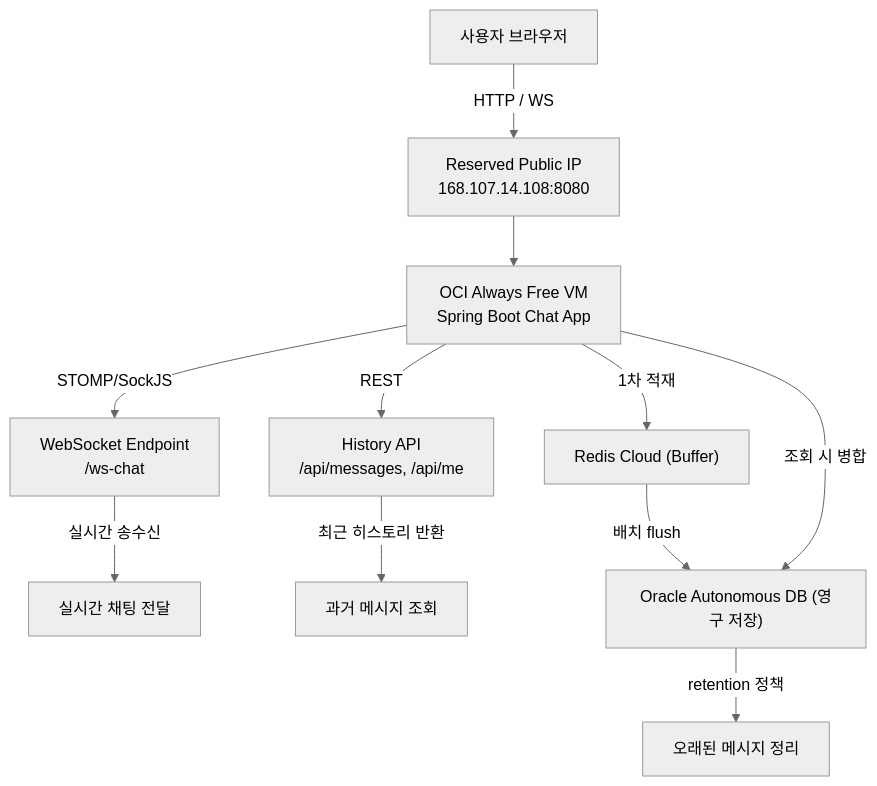
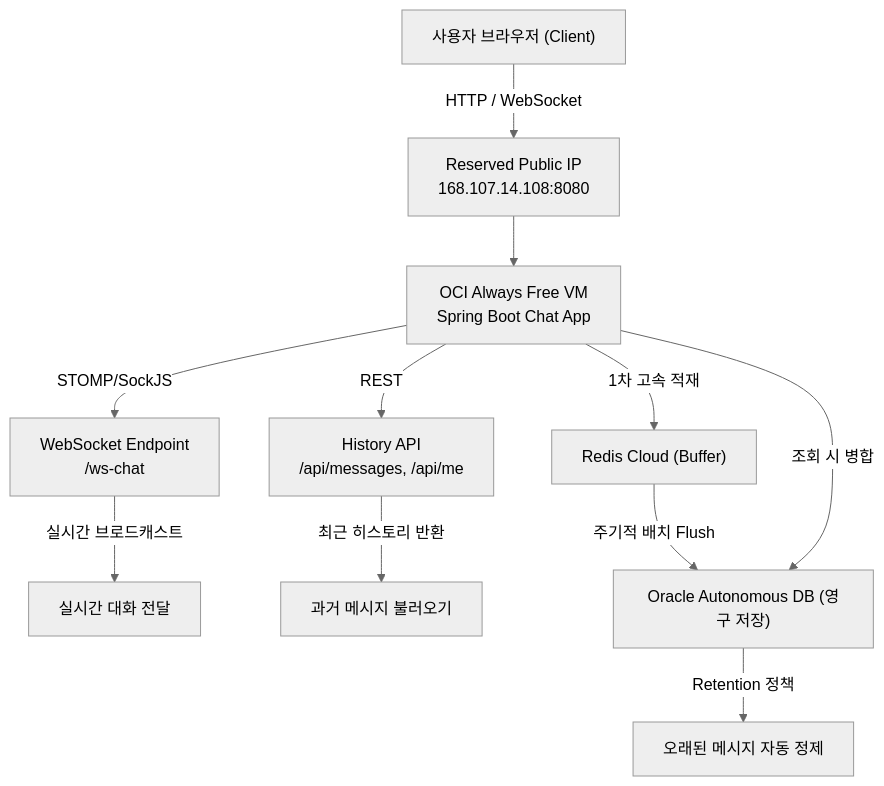
Before and after one commit to minwoo19930301/spring-ip-chat: the first of 2 diagrams in README.md, drawn with Mermaid (neutral theme). The commit also changed other lines of this file and 1 other file, not shown here.

Commit message:
Decorate README.md with badges & architecture diagrams, and add MIT License

````diff
--- a/README.md
+++ b/README.md
@@ -10,17 +24,17 @@
 ```mermaid
 flowchart TB
-    User["사용자 브라우저"] -->|"HTTP / WS"| Public["Reserved Public IP<br/>168.107.14.108:8080"]
+    User["사용자 브라우저 (Client)"] -->|"HTTP / WebSocket"| Public["Reserved Public IP<br/>168.107.14.108:8080"]
     Public --> VM["OCI Always Free VM<br/>Spring Boot Chat App"]
 
     VM -->|"STOMP/SockJS"| WS["WebSocket Endpoint<br/>/ws-chat"]
     VM -->|"REST"| API["History API<br/>/api/messages, /api/me"]
 
-    WS -->|"실시간 송수신"| Live["실시간 채팅 전달"]
-    API -->|"최근 히스토리 반환"| History["과거 메시지 조회"]
+    WS -->|"실시간 브로드캐스트"| Live["실시간 대화 전달"]
+    API -->|"최근 히스토리 반환"| History["과거 메시지 불러오기"]
 
-    VM -->|"1차 적재"| Redis["Redis Cloud (Buffer)"]
-    Redis -->|"배치 flush"| Oracle["Oracle Autonomous DB (영구 저장)"]
+    VM -->|"1차 고속 적재"| Redis["Redis Cloud (Buffer)"]
+    Redis -->|"주기적 배치 Flush"| Oracle["Oracle Autonomous DB (영구 저장)"]
     VM -->|"조회 시 병합"| Oracle
 
-    Oracle -->|"retention 정책"| Cleanup["오래된 메시지 정리"]
+    Oracle -->|"Retention 정책"| Cleanup["오래된 메시지 자동 정제"]
 ```
````
